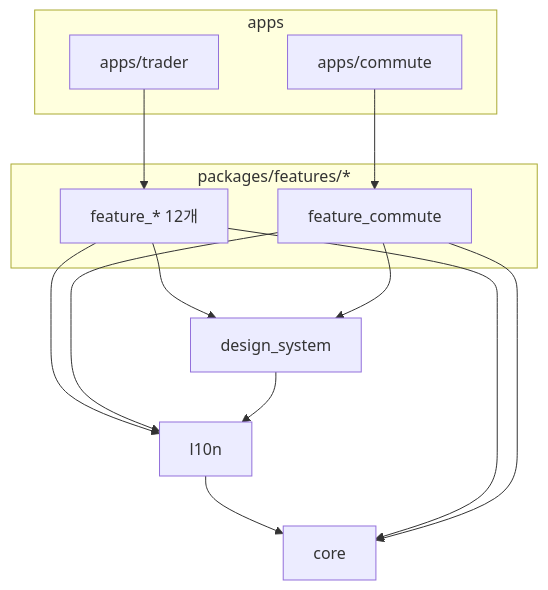
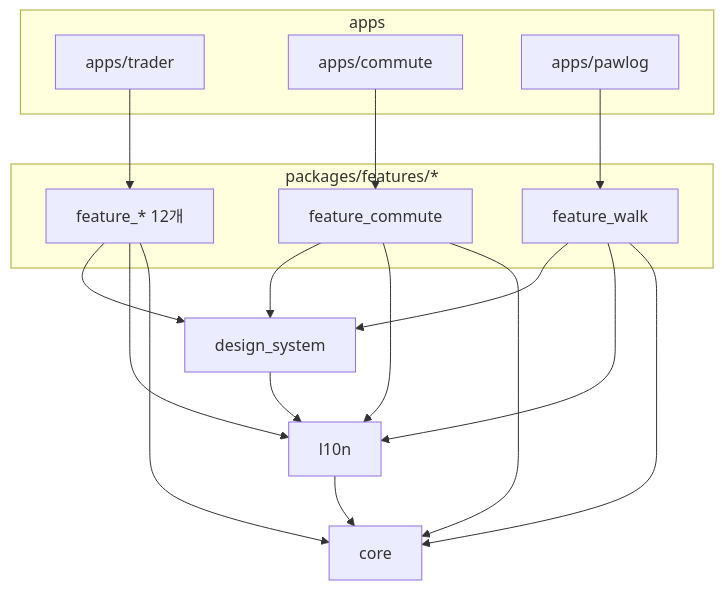
The first of 3 diagrams in docs/dependencies.md (karma951221/flutter_apps), drawn with Mermaid before and after one commit. The commit also changed other lines of this file and 19 other files, not shown here.

````diff
--- a/docs/dependencies.md
+++ b/docs/dependencies.md
@@ -12,25 +12,31 @@
 ```mermaid
 flowchart TB
   subgraph apps
     trader[apps/trader]
     commute_app[apps/commute]
+    pawlog_app[apps/pawlog]
   end
   subgraph features["packages/features/*"]
     F[feature_* 12개]
     C[feature_commute]
+    W[feature_walk]
   end
   DS[design_system]
   L[l10n]
   CORE[core]
 
   trader --> F
   commute_app --> C
+  pawlog_app --> W
   F --> DS
   F --> L
   C --> DS
   C --> L
+  W --> DS
+  W --> L
   DS --> L
   L --> CORE
   F --> CORE
   C --> CORE
+  W --> CORE
 ```
````
